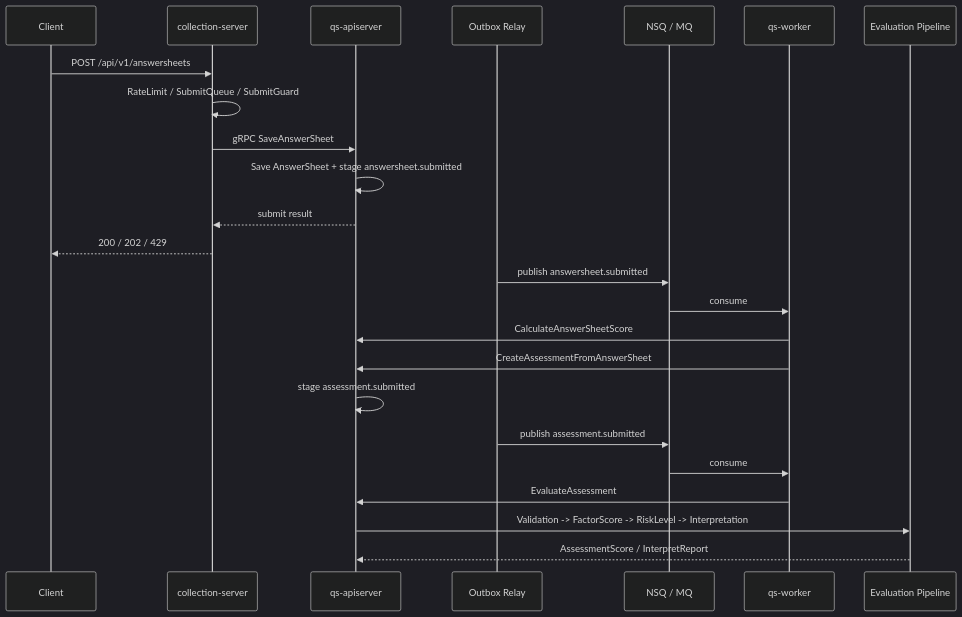
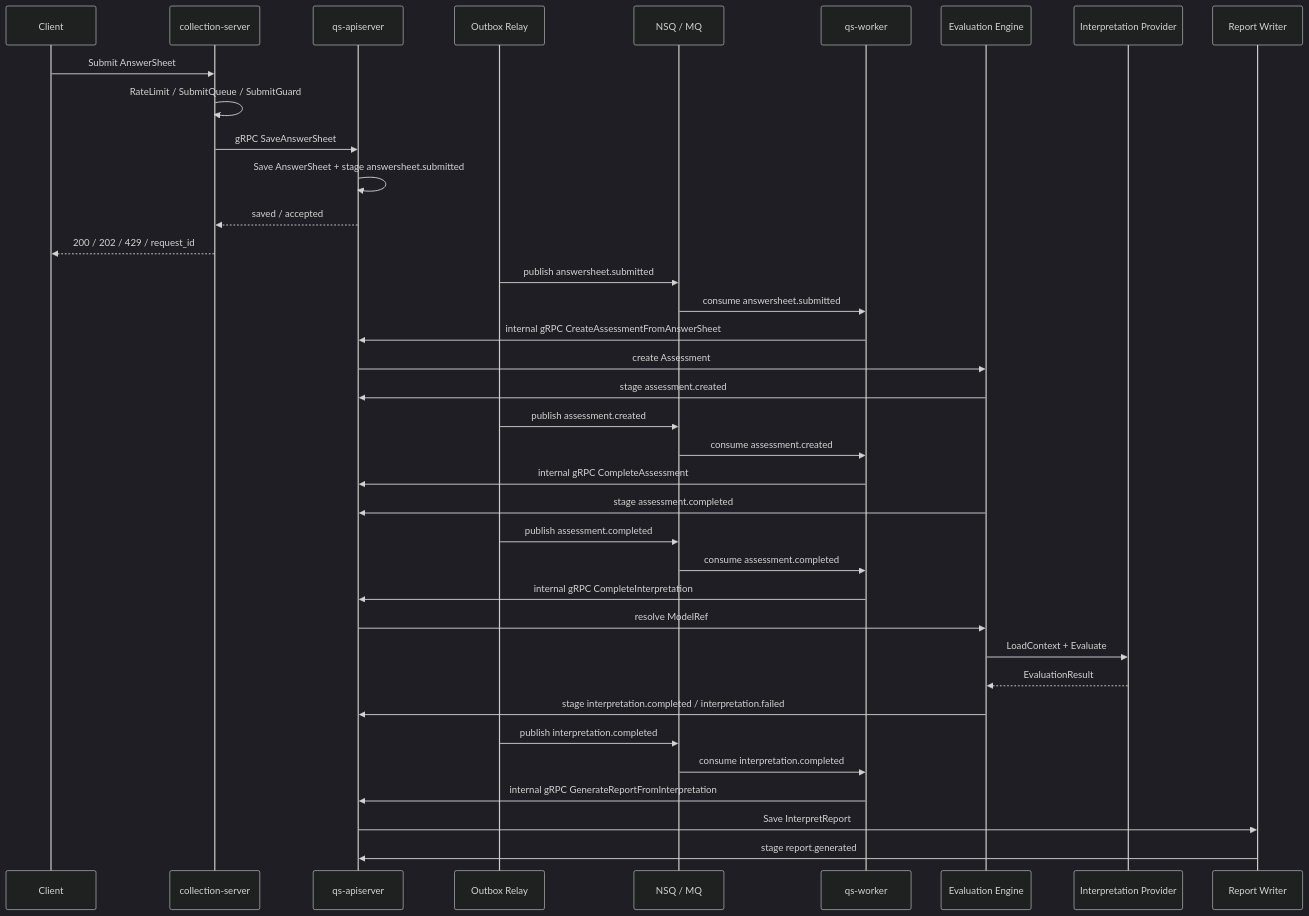
Before and after one commit to FangcunMount/qs-server: the second of 3 diagrams in README.md, drawn with Mermaid (dark theme). The commit also changed other lines of this file and 25 other files, not shown here.

````diff
--- a/README.md
+++ b/README.md
@@ -95,28 +138,44 @@
 ```mermaid
 sequenceDiagram
     participant Client as Client
     participant Collection as collection-server
     participant API as qs-apiserver
     participant Outbox as Outbox Relay
     participant MQ as NSQ / MQ
     participant Worker as qs-worker
-    participant Pipeline as Evaluation Pipeline
+    participant Eval as Evaluation Engine
+    participant Provider as Interpretation Provider
+    participant Report as Report Writer
 
-    Client->>Collection: POST /api/v1/answersheets
+    Client->>Collection: Submit AnswerSheet
     Collection->>Collection: RateLimit / SubmitQueue / SubmitGuard
     Collection->>API: gRPC SaveAnswerSheet
     API->>API: Save AnswerSheet + stage answersheet.submitted
-    API-->>Collection: submit result
-    Collection-->>Client: 200 / 202 / 429
+    API-->>Collection: saved / accepted
+    Collection-->>Client: 200 / 202 / 429 / request_id
 
     Outbox->>MQ: publish answersheet.submitted
-    MQ->>Worker: consume
-    Worker->>API: CalculateAnswerSheetScore
-    Worker->>API: CreateAssessmentFromAnswerSheet
-    API->>API: stage assessment.submitted
-    Outbox->>MQ: publish assessment.submitted
-    MQ->>Worker: consume
-    Worker->>API: EvaluateAssessment
-    API->>Pipeline: Validation -> FactorScore -> RiskLevel -> Interpretation
-    Pipeline-->>API: AssessmentScore / InterpretReport
+    MQ->>Worker: consume answersheet.submitted
+    Worker->>API: internal gRPC CreateAssessmentFromAnswerSheet
+    API->>Eval: create Assessment
+    Eval->>API: stage assessment.created
+
+    Outbox->>MQ: publish assessment.created
+    MQ->>Worker: consume assessment.created
+    Worker->>API: internal gRPC CompleteAssessment
+    Eval->>API: stage assessment.completed
+
+    Outbox->>MQ: publish assessment.completed
+    MQ->>Worker: consume assessment.completed
+    Worker->>API: internal gRPC CompleteInterpretation
+    API->>Eval: resolve ModelRef
+    Eval->>Provider: LoadContext + Evaluate
+    Provider-->>Eval: EvaluationResult
+    Eval->>API: stage interpretation.completed / interpretation.failed
+
+    Outbox->>MQ: publish interpretation.completed
+    MQ->>Worker: consume interpretation.completed
+    Worker->>API: internal gRPC GenerateReportFromInterpretation
+    API->>Report: Save InterpretReport
+    Report->>API: stage report.generated
 ```
````
